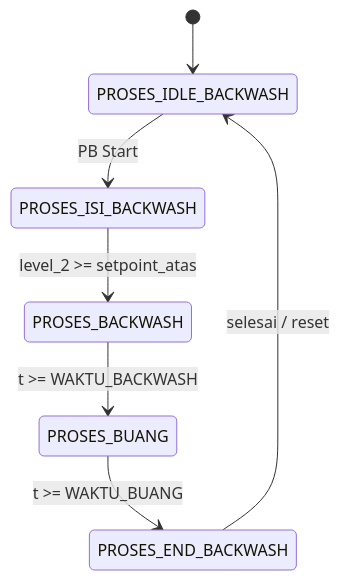
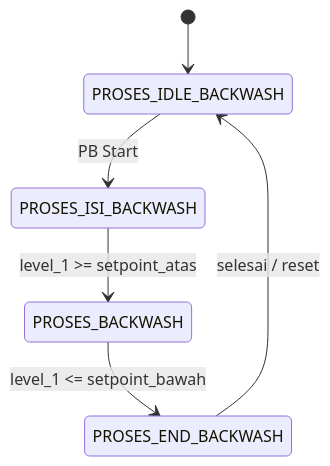
One commit to Kamalogis/MiniPlant changed the third of 4 diagrams in Arduino_Mega/documentation.md. Above: the diagram before and after it, drawn with Mermaid. The commit also changed other lines of this file, not shown here.

````diff
--- a/Arduino_Mega/documentation.md
+++ b/Arduino_Mega/documentation.md
@@ -194,9 +194,8 @@
 ```mermaid
 stateDiagram-v2
     [*] --> PROSES_IDLE_BACKWASH
     PROSES_IDLE_BACKWASH --> PROSES_ISI_BACKWASH : PB Start
-    PROSES_ISI_BACKWASH --> PROSES_BACKWASH : level_2 >= setpoint_atas
-    PROSES_BACKWASH --> PROSES_BUANG : t >= WAKTU_BACKWASH
-    PROSES_BUANG --> PROSES_END_BACKWASH : t >= WAKTU_BUANG
+    PROSES_ISI_BACKWASH --> PROSES_BACKWASH : level_1 >= setpoint_atas
+    PROSES_BACKWASH --> PROSES_END_BACKWASH : level_1 <= setpoint_bawah
     PROSES_END_BACKWASH --> PROSES_IDLE_BACKWASH : selesai / reset
 ```
````
